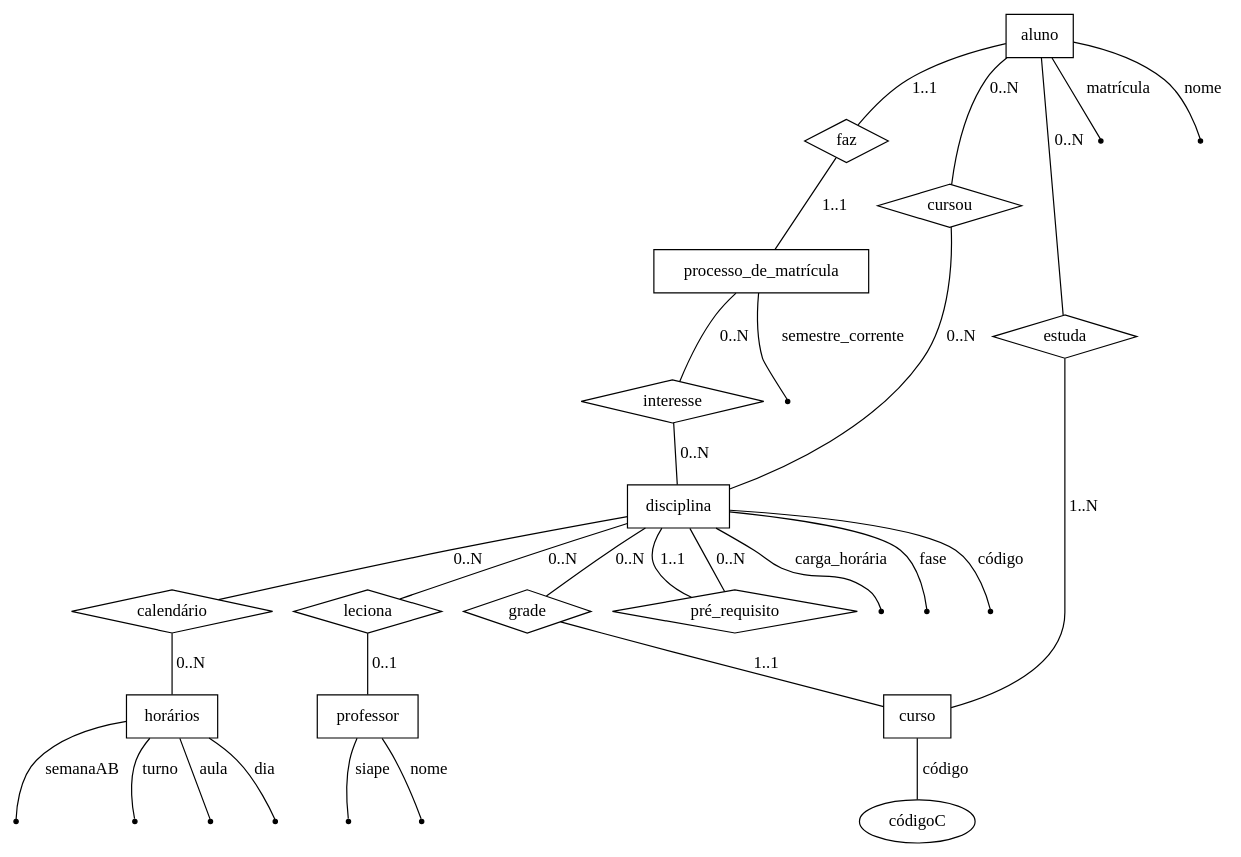
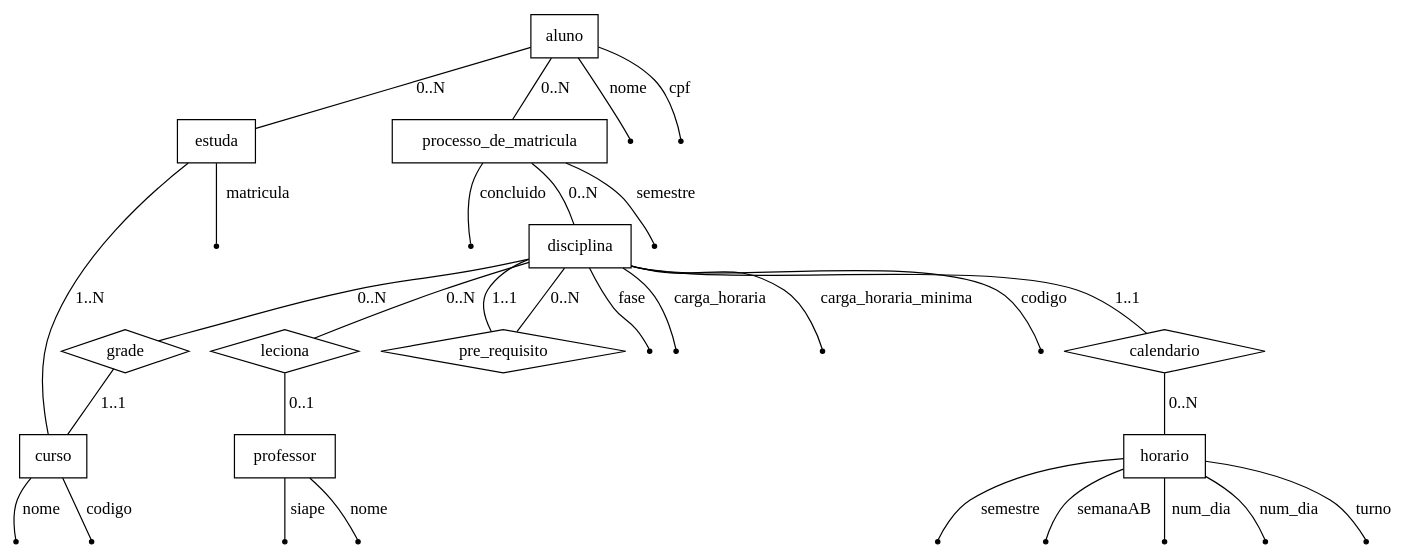
The diagram in diagramaER.dot (krol08/BCD-29008), drawn with Graphviz before and after one commit.

Commit message:
Última atualização realizada
atualização no diagramaER

```diff
--- a/diagramaER.dot
+++ b/diagramaER.dot
@@ -1,77 +1,77 @@
 graph diagramaER{
 
 	//entidades
 	aluno [shape = record]
 	disciplina [shape = record]
-	processo_de_matrícula [shape = record]
-	horários [shape = record]
+	horario [shape = record]
 	professor [shape = record]
 	curso [shape = record]
 
 	//relacionamento
-	cursou [shape=diamond] // entidade associativa e possui atributo semestre.
-	faz [shape=diamond]
-	interesse [shape=diamond]
-	estuda [shape=diamond]
-	pré_requisito [shape=diamond]
-	calendário [shape=diamond]  // entidade associativa e possui atributo semestre_corrente.
+	calendario [shape=diamond]  // entidade associativa e possui atributo semestre_corrente.
 	grade [shape=diamond]
 	leciona [shape=diamond]
+	processo_de_matricula [shape=msquare]
+	estuda [shape=msquare]
+	pre_requisito [shape=diamond]
 
 	//atributos
-	matrícula [shape = point]
+	matricula [shape = point]
 	nome [shape = point]
-	semestre_corrente [shape = point]
-	carga_horária  [shape = point]
-	fase  [shape = point]
+	cpf [shape = point]
+	semestre [shape = point]
+	concluido [shape = point]
+	nomeC [shape = point]
+	codigoC [shape = point]
 	siape  [shape = point]
+	nomeP [shape = point]
+	fase [shape = point]
+	carga_horaria  [shape = point]
+	carga_horaria_min  [shape = point]
+	codigo_dis [shape = point]
+	semanaAB  [shape = point]
+	num_dia  [shape = point]
+	num_aula  [shape = point]
 	turno  [shape = point]
-	aula [shape = point]
-	dia  [shape = point]
-	semanaAB  [shape = point]
-	nomeP [shape = point]
-	código [shape = point]
-	código [shape = point]
+	semestre_hora [shape = point]
+	
 
-	aluno -- matrícula [label = "matrícula"] // identificador do aluno.
+	
+	aluno -- cpf [label = "cpf"] // identificador do aluno.
 	aluno -- nome [label = "nome"]
-	processo_de_matrícula -- semestre_corrente [label = "semestre_corrente"]
-	disciplina -- carga_horária [label = "carga_horária"]
-	disciplina -- fase [label = "fase"]
-	disciplina -- código [label = "código"] // identificador de disciplina.
+	processo_de_matricula -- semestre [label = "semestre"]
+	processo_de_matricula -- concluido [label = "concluido"]
+	curso -- codigoC [label = "codigo"] 
+	curso -- nomeC [label = "nome"]
 	professor -- siape [label = "siape"] // identificador do professor.
 	professor -- nomeP [label = "nome"]
-	horários -- turno [label = "turno"]
-	horários -- aula [label = "aula"]
-	horários -- dia [label = "dia"]
-	horários -- semanaAB [label = "semanaAB"]
-	curso -- códigoC [label = "código"] // identificador de curso.
+	disciplina -- carga_horaria [label = "carga_horaria"]
+	disciplina -- carga_horaria_min [label = "carga_horaria_minima"]
+	disciplina -- fase [label = "fase"]
+	disciplina -- codigo_dis [label = "codigo"] 
+	horario -- turno [label = "turno"]
+	horario -- num_dia [label = "num_dia"]
+	horario -- num_aula [label = "num_dia"]
+	horario -- semanaAB [label = "semanaAB"]
+	horario -- semestre_hora [label = "semestre"]
+	estuda -- matricula [label = "matricula"]
+	
+	aluno -- processo_de_matricula [label="0..N"] // processo_de_matricula - entidade associativa.
+	processo_de_matricula -- disciplina [label="0..N"]
 
-	//ligação com cardinalidade
-	aluno -- cursou [label="0..N"]
-	cursou -- disciplina [label="0..N"]
-
-	aluno -- faz  [label="1..1"]
-	faz -- processo_de_matrícula [label="1..1"]
-
-	aluno -- estuda [label="0..N"]  
+	aluno -- estuda [label="0..N"] // Estuda - entidade associativa.  
 	estuda -- curso [label="1..N"] 
 
-	processo_de_matrícula -- interesse [label="0..N"] 
-	interesse -- disciplina [label="0..N"]
-
-	disciplina -- pré_requisito [label="1..1"]
-	pré_requisito -- disciplina [label="0..N"]
-
-	disciplina -- calendário [label="0..N"]
-	calendário -- horários [label="0..N"]
+	disciplina -- pre_requisito [label="1..1"]
+	pre_requisito -- disciplina [label="0..N"]
 
 	disciplina -- grade [label="0..N"]
  	grade -- curso [label="1..1"]
 
-	disciplina -- leciona [label="0..N"] //vai dar problema mais tarde, pois quando tenho n, ele precisa de mais uma tabela.
+	disciplina -- leciona [label="0..N"]
 	leciona -- professor  [label="0..1"] 
 
-
+	disciplina -- calendario [label="1..1"]
+	calendario -- horario [label="0..N"]
 
 }
```
